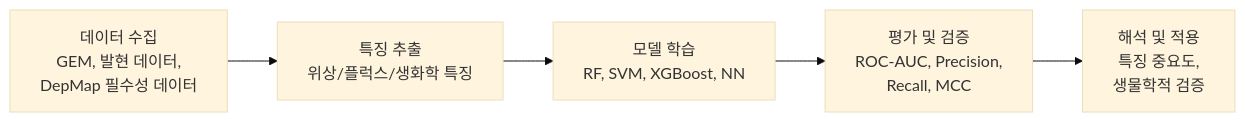
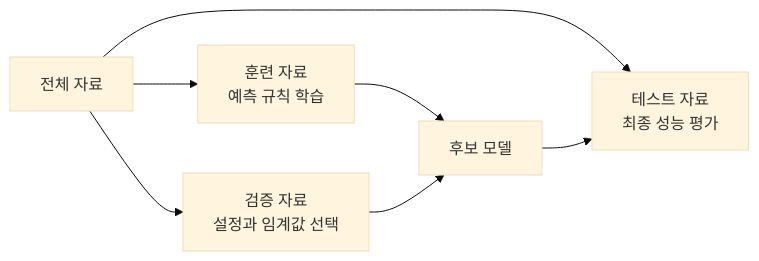
One commit to jyryu3161/ebook_metabolic_modeling changed the first of 3 diagrams in chapter-9/02.md. Above: the diagram before and after it, drawn with Mermaid (base theme). The commit also changed other lines of this file and 370 other files, not shown here.

````diff
--- a/chapter-9/02.md
+++ b/chapter-9/02.md
@@ -196,7 +45,9 @@
 ```mermaid
 flowchart LR
-    A[데이터 수집<br/>GEM, 발현 데이터,<br/>DepMap 필수성 데이터] --> B[특징 추출<br/>위상/플럭스/생화학 특징]
-    B --> C[모델 학습<br/>RF, SVM, XGBoost, NN]
-    C --> D[평가 및 검증<br/>ROC-AUC, Precision,<br/>Recall, MCC]
-    D --> E[해석 및 적용<br/>특징 중요도,<br/>생물학적 검증]
+    A[전체 자료] --> B[훈련 자료<br/>예측 규칙 학습]
+    A --> C[검증 자료<br/>설정과 임계값 선택]
+    A --> D[테스트 자료<br/>최종 성능 평가]
+    B --> E[후보 모델]
+    C --> E
+    E --> D
 ```
````
